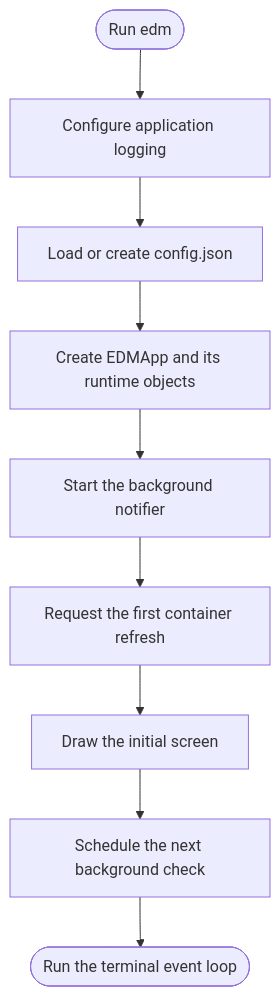
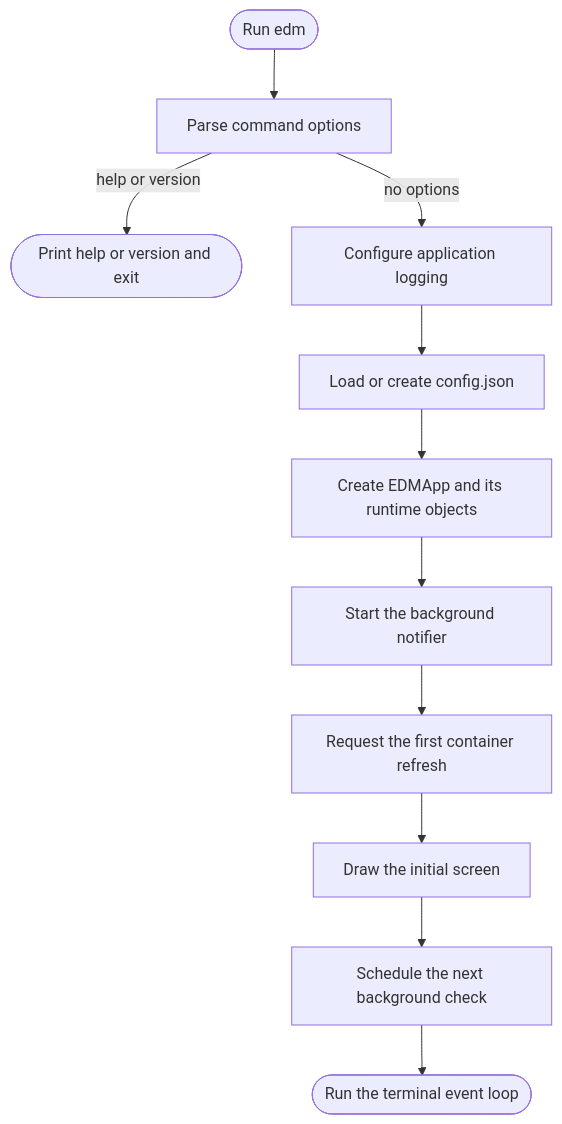
Before and after one commit to arabnejad/edm: the second of 5 diagrams in DEVELOPMENT_GUIDE.md, drawn with Mermaid. The commit also changed other lines of this file and 6 other files, not shown here.

First line of the commit message:
Add CLI help, version, and module entry point (#40)

````diff
--- a/DEVELOPMENT_GUIDE.md
+++ b/DEVELOPMENT_GUIDE.md
@@ -116,15 +116,19 @@
 ```mermaid
 flowchart TD
     Start([Run edm])
+    ParseOptions[Parse command options]
+    ShowInfo([Print help or version and exit])
     Logging[Configure application logging]
     LoadConfig[Load or create config.json]
     BuildApp[Create EDMApp and its runtime objects]
     StartNotifier[Start the background notifier]
     FirstRefresh[Request the first container refresh]
     FirstDraw[Draw the initial screen]
     StartTimer[Schedule the next background check]
     RunUI([Run the terminal event loop])
 
-    Start --> Logging --> LoadConfig --> BuildApp --> StartNotifier
+    Start --> ParseOptions
+    ParseOptions -->|help or version| ShowInfo
+    ParseOptions -->|no options| Logging --> LoadConfig --> BuildApp --> StartNotifier
     StartNotifier --> FirstRefresh --> FirstDraw --> StartTimer --> RunUI
 ```
````
